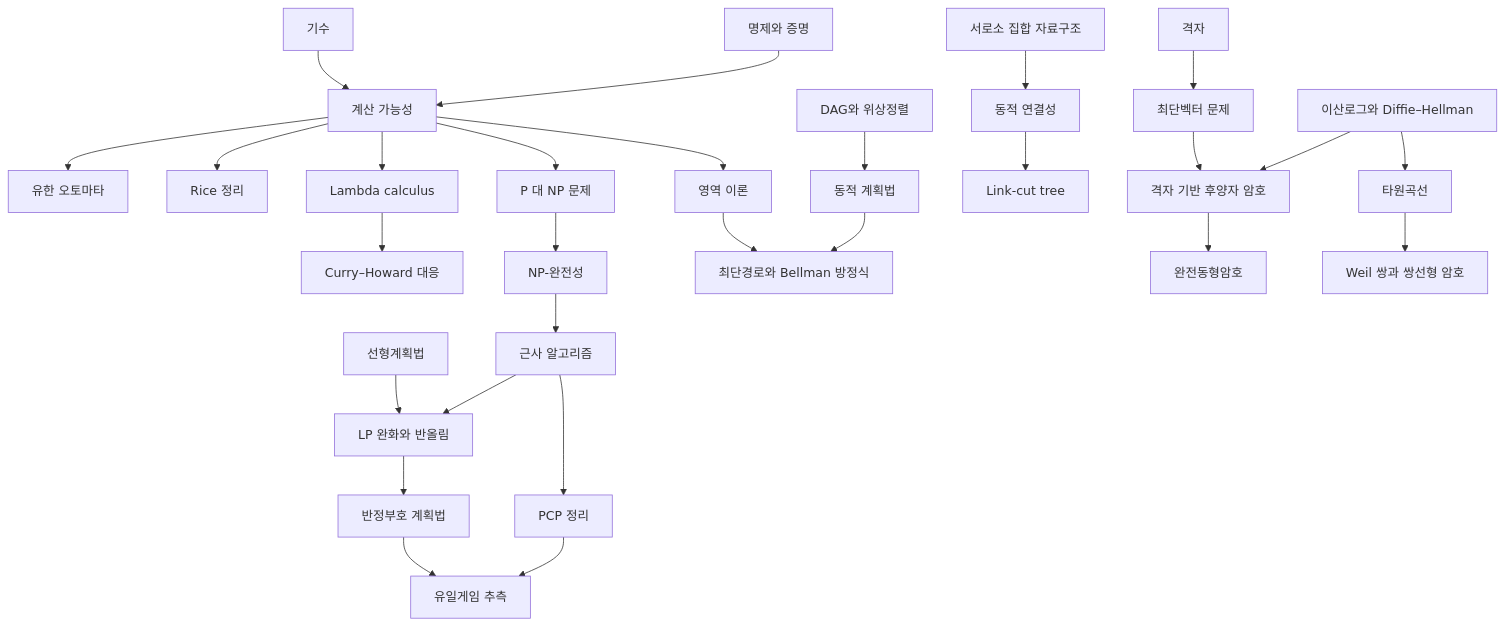
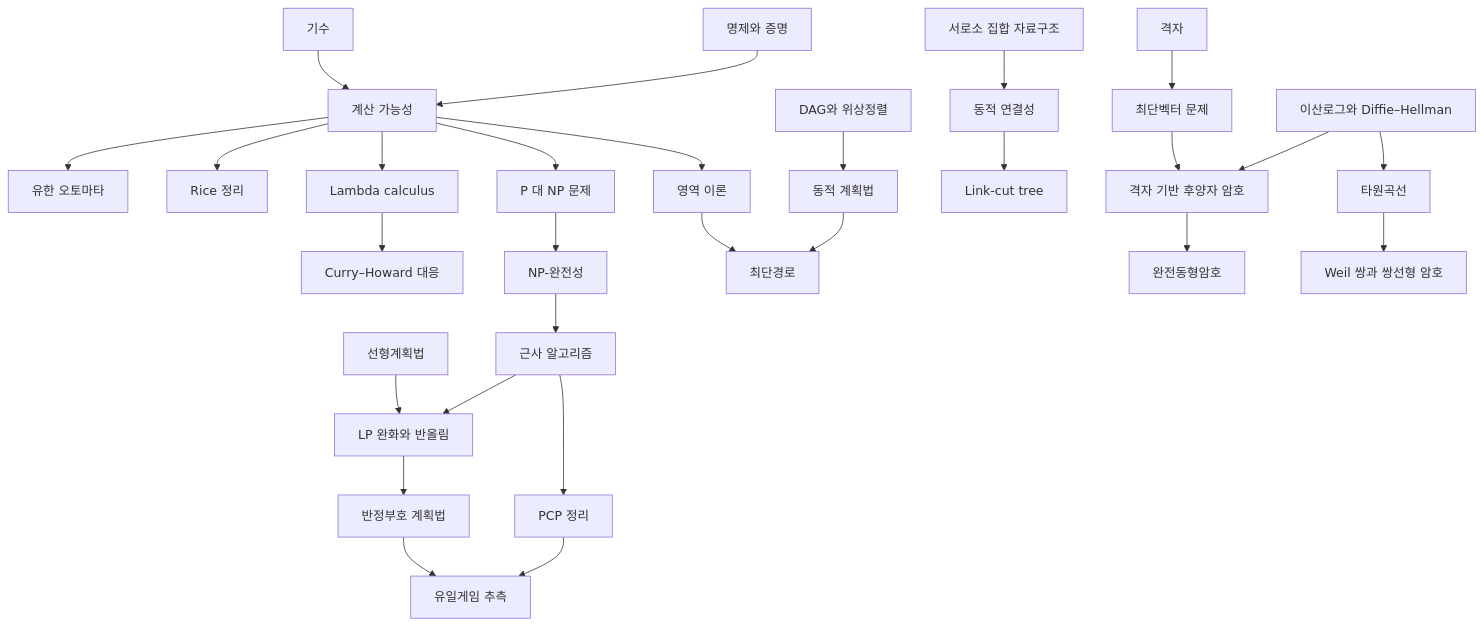
One commit to Phryxia/math-map changed the diagram in docs/computation-overview.md. Above: the diagram before and after it, drawn with Mermaid. The commit also changed other lines of this file and 16 other files, not shown here.

````diff
--- a/docs/computation-overview.md
+++ b/docs/computation-overview.md
@@ -13,30 +13,30 @@
 ```mermaid
 graph TD
   PF["명제와 증명"] --> CB["계산 가능성"]
   CA["기수"] --> CB
   CB --> FA["유한 오토마타"]
   CB --> RT["Rice 정리"]
   CB --> LC["Lambda calculus"]
   CB --> DT["영역 이론"]
   LC --> CH["Curry–Howard 대응"]
   CB --> PN["P 대 NP 문제"]
   PN --> NPC["NP-완전성"]
   NPC --> AA["근사 알고리즘"]
   AA --> LPR["LP 완화와 반올림"]
   AA --> PCP["PCP 정리"]
   PCP --> UG["유일게임 추측"]
   LP["선형계획법"] --> LPR
   LPR --> SDP["반정부호 계획법"]
   SDP --> UG
   DAG["DAG와 위상정렬"] --> DP["동적 계획법"]
-  DP --> SP["최단경로와 Bellman 방정식"]
+  DP --> SP["최단경로"]
   DT --> SP
   UF["서로소 집합 자료구조"] --> DC["동적 연결성"]
   DC --> LCT["Link-cut tree"]
   DL["이산로그와 Diffie–Hellman"] --> PQ["격자 기반 후양자 암호"]
   LA["격자"] --> SVP["최단벡터 문제"]
   SVP --> PQ
   PQ --> HE["완전동형암호"]
   DL --> EC["타원곡선"]
   EC --> PBC["Weil 쌍과 쌍선형 암호"]
 ```
````
